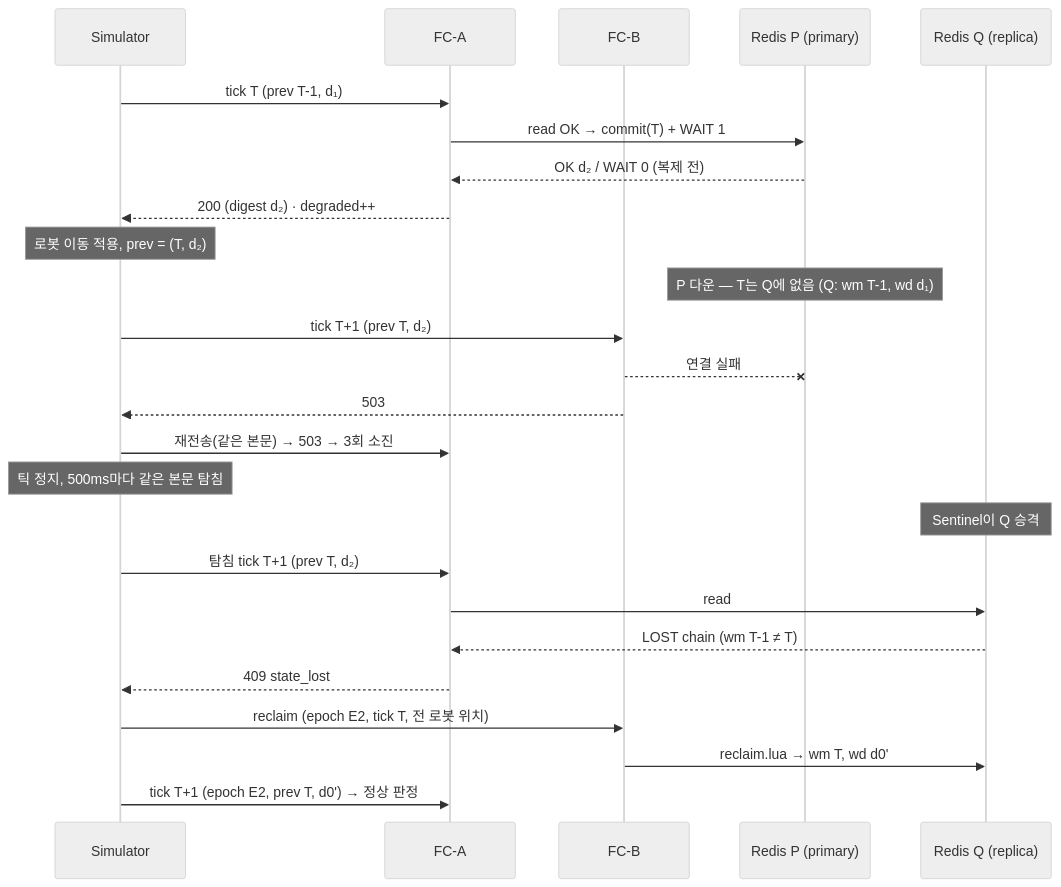
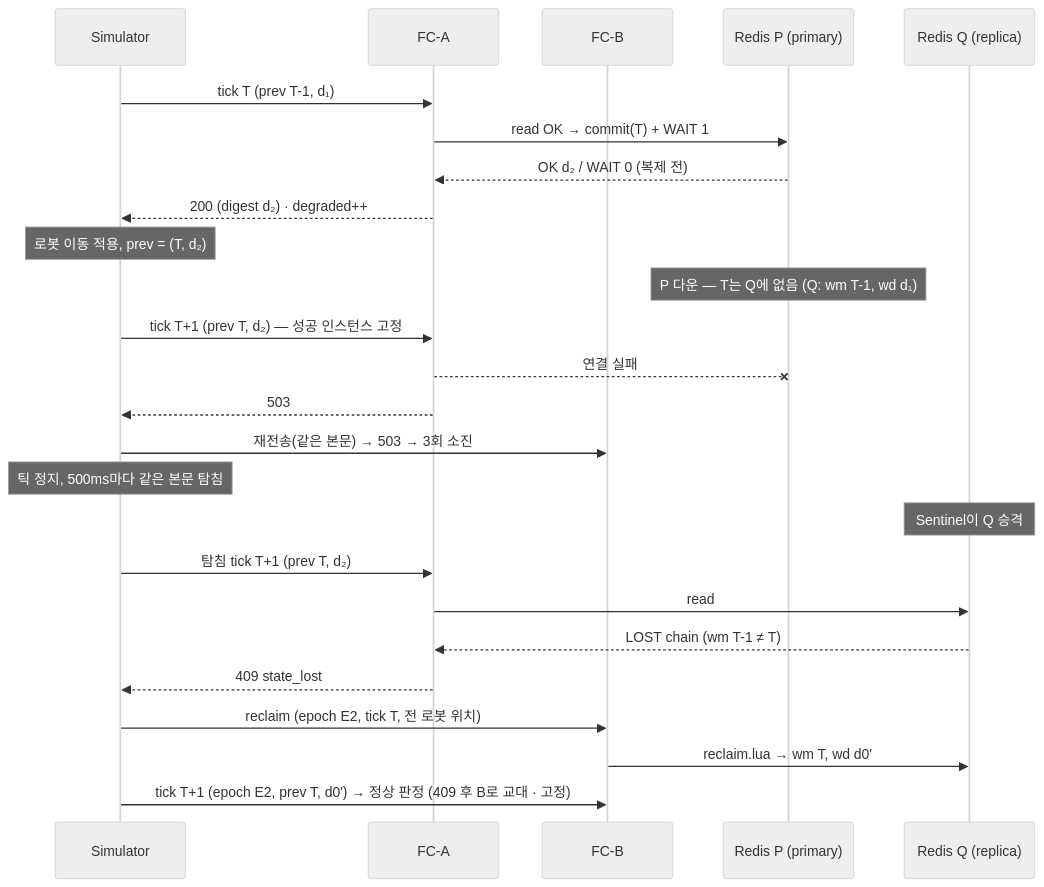
The first of 2 diagrams in docs/08-ha-detailed-design.md (hyunpaper/robot-fleet), drawn with Mermaid (neutral theme) before and after one commit. The commit also changed other lines of this file and 9 other files, not shown here.

````diff
--- a/docs/08-ha-detailed-design.md
+++ b/docs/08-ha-detailed-design.md
@@ -200,27 +202,27 @@
 ```mermaid
 sequenceDiagram
     participant S as Simulator
     participant A as FC-A
     participant B as FC-B
     participant P as Redis P (primary)
     participant Q as Redis Q (replica)
     S->>A: tick T (prev T-1, d₁)
     A->>P: read OK → commit(T) + WAIT 1
     P-->>A: OK d₂ / WAIT 0 (복제 전)
     A-->>S: 200 (digest d₂) · degraded++
     Note over S: 로봇 이동 적용, prev = (T, d₂)
     Note over P: P 다운 — T는 Q에 없음 (Q: wm T-1, wd d₁)
-    S->>B: tick T+1 (prev T, d₂)
-    B--xP: 연결 실패
-    B-->>S: 503
-    S->>A: 재전송(같은 본문) → 503 → 3회 소진
+    S->>A: tick T+1 (prev T, d₂)  — 성공 인스턴스 고정
+    A--xP: 연결 실패
+    A-->>S: 503
+    S->>B: 재전송(같은 본문) → 503 → 3회 소진
     Note over S: 틱 정지, 500ms마다 같은 본문 탐침
     Note over Q: Sentinel이 Q 승격
     S->>A: 탐침 tick T+1 (prev T, d₂)
     A->>Q: read
     Q-->>A: LOST chain (wm T-1 ≠ T)
     A-->>S: 409 state_lost
     S->>B: reclaim (epoch E2, tick T, 전 로봇 위치)
     B->>Q: reclaim.lua → wm T, wd d0'
-    S->>A: tick T+1 (epoch E2, prev T, d0') → 정상 판정
+    S->>B: tick T+1 (epoch E2, prev T, d0') → 정상 판정 (409 후 B로 교대 · 고정)
 ```
````
